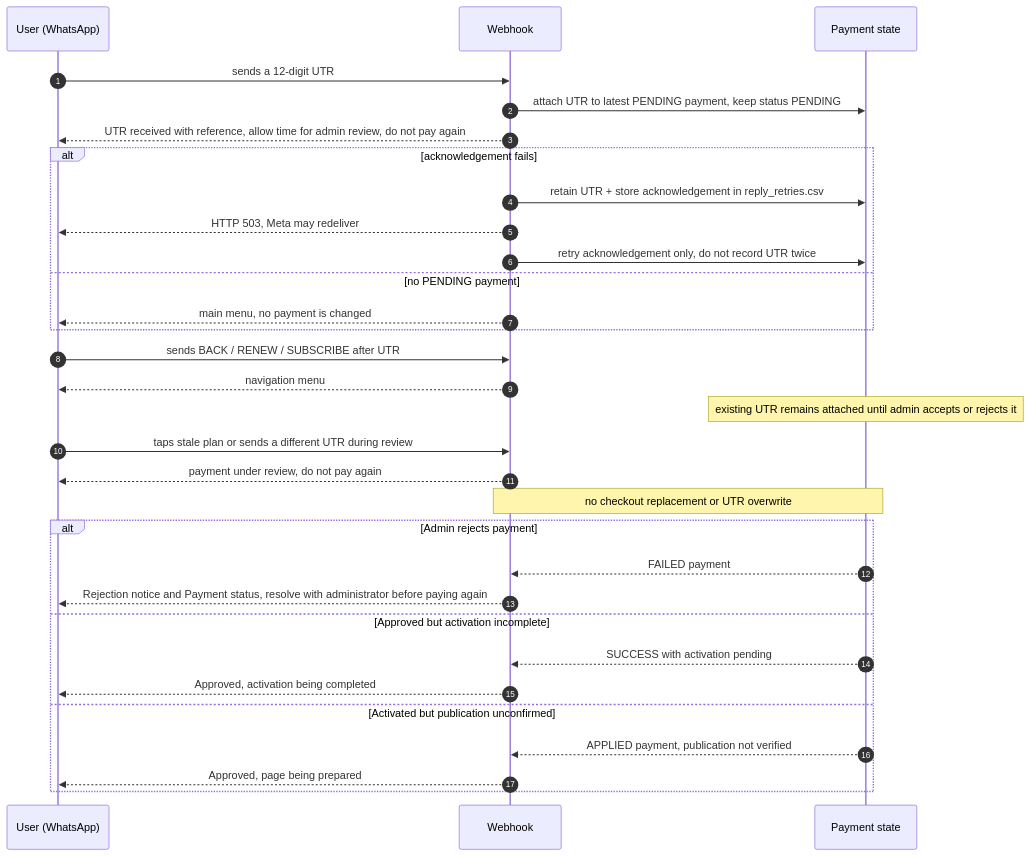
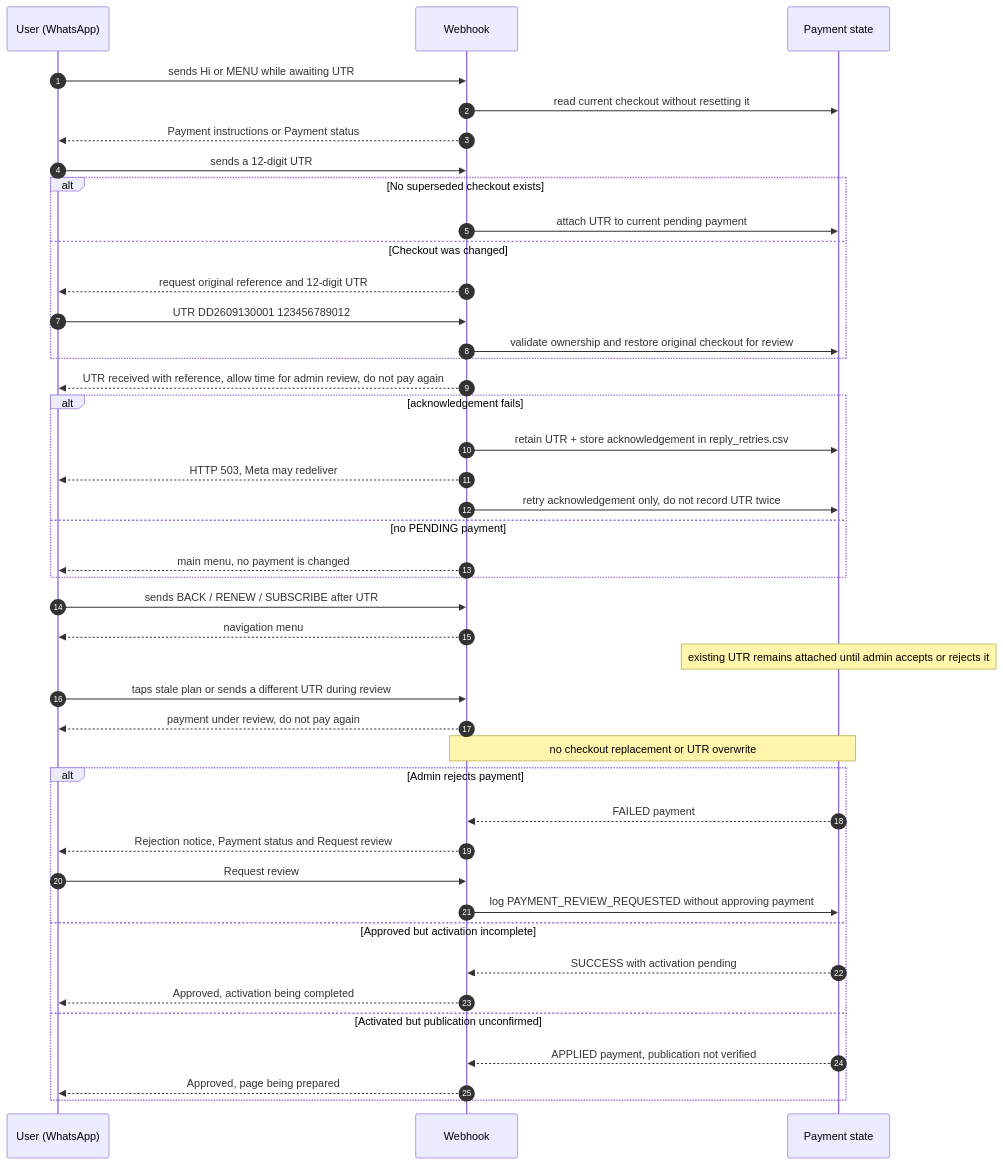
The fifth of 10 diagrams in sequence-diagrams.md (mishnit/daily-darshan), drawn with Mermaid before and after one commit. The commit also changed other lines of this file and 11 other files, not shown here.

````diff
--- a/sequence-diagrams.md
+++ b/sequence-diagrams.md
@@ -246,35 +246,46 @@
 ```mermaid
 sequenceDiagram
     autonumber
     participant User as User (WhatsApp)
     participant Web as Webhook
     participant State as Payment state
 
+    User->>Web: sends Hi or MENU while awaiting UTR
+    Web->>State: read current checkout without resetting it
+    Web-->>User: Payment instructions or Payment status
     User->>Web: sends a 12-digit UTR
-    Web->>State: attach UTR to latest PENDING payment, keep status PENDING
+    alt No superseded checkout exists
+        Web->>State: attach UTR to current pending payment
+    else Checkout was changed
+        Web-->>User: request original reference and 12-digit UTR
+        User->>Web: UTR DD2609130001 123456789012
+        Web->>State: validate ownership and restore original checkout for review
+    end
     Web-->>User: UTR received with reference, allow time for admin review, do not pay again
     alt acknowledgement fails
         Web->>State: retain UTR + store acknowledgement in reply_retries.csv
         Web-->>User: HTTP 503, Meta may redeliver
         Web->>State: retry acknowledgement only, do not record UTR twice
     else no PENDING payment
         Web-->>User: main menu, no payment is changed
     end
 
     User->>Web: sends BACK / RENEW / SUBSCRIBE after UTR
     Web-->>User: navigation menu
     Note over State: existing UTR remains attached until admin accepts or rejects it
     User->>Web: taps stale plan or sends a different UTR during review
     Web-->>User: payment under review, do not pay again
     Note over Web,State: no checkout replacement or UTR overwrite
     alt Admin rejects payment
         State-->>Web: FAILED payment
-        Web-->>User: Rejection notice and Payment status, resolve with administrator before paying again
+        Web-->>User: Rejection notice, Payment status and Request review
+        User->>Web: Request review
+        Web->>State: log PAYMENT_REVIEW_REQUESTED without approving payment
     else Approved but activation incomplete
         State-->>Web: SUCCESS with activation pending
         Web-->>User: Approved, activation being completed
     else Activated but publication unconfirmed
         State-->>Web: APPLIED payment, publication not verified
         Web-->>User: Approved, page being prepared
     end
 ```
````
